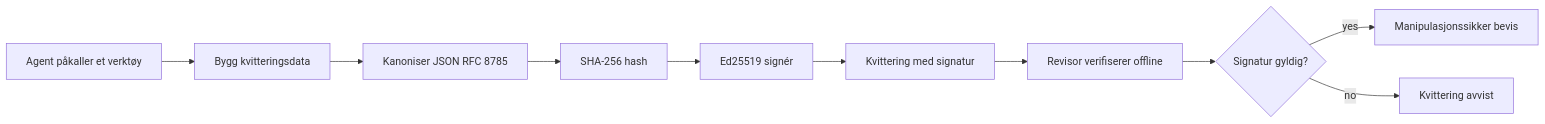
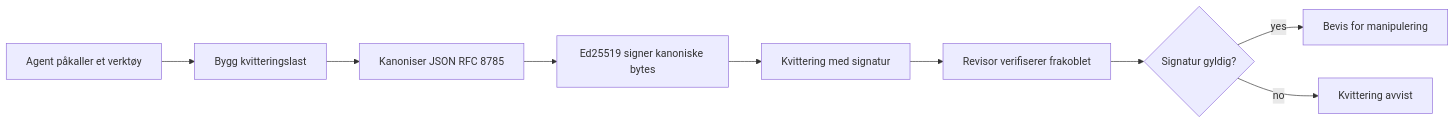
The first of 2 diagrams in translations/no/18-securing-ai-agents/README.md (microsoft/ai-agents-for-beginners), drawn with Mermaid before and after one commit. The commit also changed other lines of this file and 47 other files, not shown here.

````diff
--- a/translations/no/18-securing-ai-agents/README.md
+++ b/translations/no/18-securing-ai-agents/README.md
@@ -51,12 +51,11 @@
 ```mermaid
 flowchart LR
-    A[Agent påkaller et verktøy] --> B[Bygg kvitteringsdata]
+    A[Agent påkaller et verktøy] --> B[Bygg kvitteringslast]
     B --> C[Kanoniser JSON RFC 8785]
-    C --> D[SHA-256 hash]
-    D --> E[Ed25519 signér]
+    C --> E[Ed25519 signer kanoniske bytes]
     E --> F[Kvittering med signatur]
-    F --> G[Revisor verifiserer offline]
+    F --> G[Revisor verifiserer frakoblet]
     G --> H{Signatur gyldig?}
-    H -- yes --> I[Manipulasjonssikker bevis]
+    H -- yes --> I[Bevis for manipulering]
     H -- no --> J[Kvittering avvist]
 ```
````
